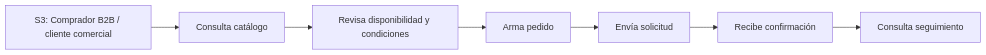
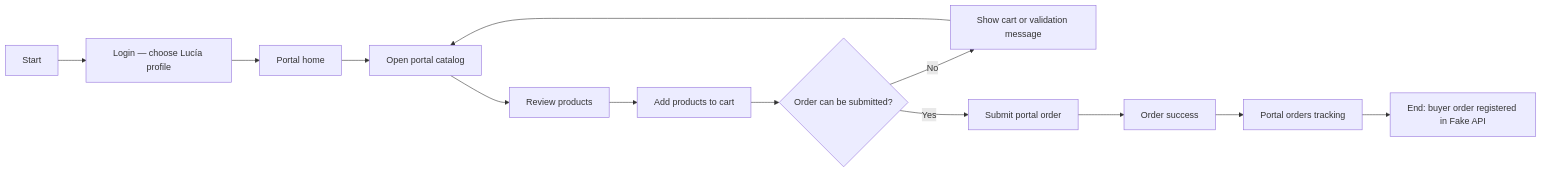
The fourth of 4 diagrams in report/40-chapter-4-product-design/4-4-web-applications-ux-ui-design.md (upc-pre-202610-1asi0730-12242-king/nexa-ecosystem-report), drawn with Mermaid before and after one commit. The commit also changed other lines of this file and 29 other files, not shown here.

````diff
--- a/report/40-chapter-4-product-design/4-4-web-applications-ux-ui-design.md
+++ b/report/40-chapter-4-product-design/4-4-web-applications-ux-ui-design.md
@@ -280,9 +250,15 @@
 ```mermaid
 flowchart LR
-    A["S3: Comprador B2B / cliente comercial"] --> B["Consulta catálogo"]
-    B --> C["Revisa disponibilidad y condiciones"]
-    C --> D["Arma pedido"]
-    D --> E["Envía solicitud"]
-    E --> F["Recibe confirmación"]
-    F --> G["Consulta seguimiento"]
+    A["Start"] --> B["Login — choose Lucía profile"]
+    B --> C["Portal home"]
+    C --> D["Open portal catalog"]
+    D --> E["Review products"]
+    E --> F["Add products to cart"]
+    F --> G{"Order can be submitted?"}
+    G -- "No" --> H["Show cart or validation message"]
+    H --> D
+    G -- "Yes" --> I["Submit portal order"]
+    I --> J["Order success"]
+    J --> K["Portal orders tracking"]
+    K --> L["End: buyer order registered in Fake API"]
 ```
````
